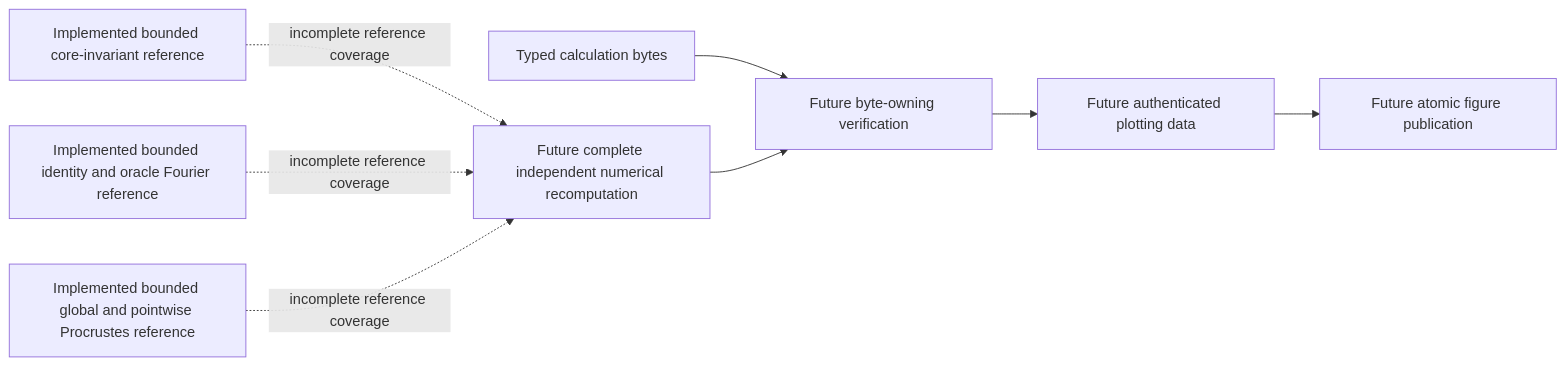
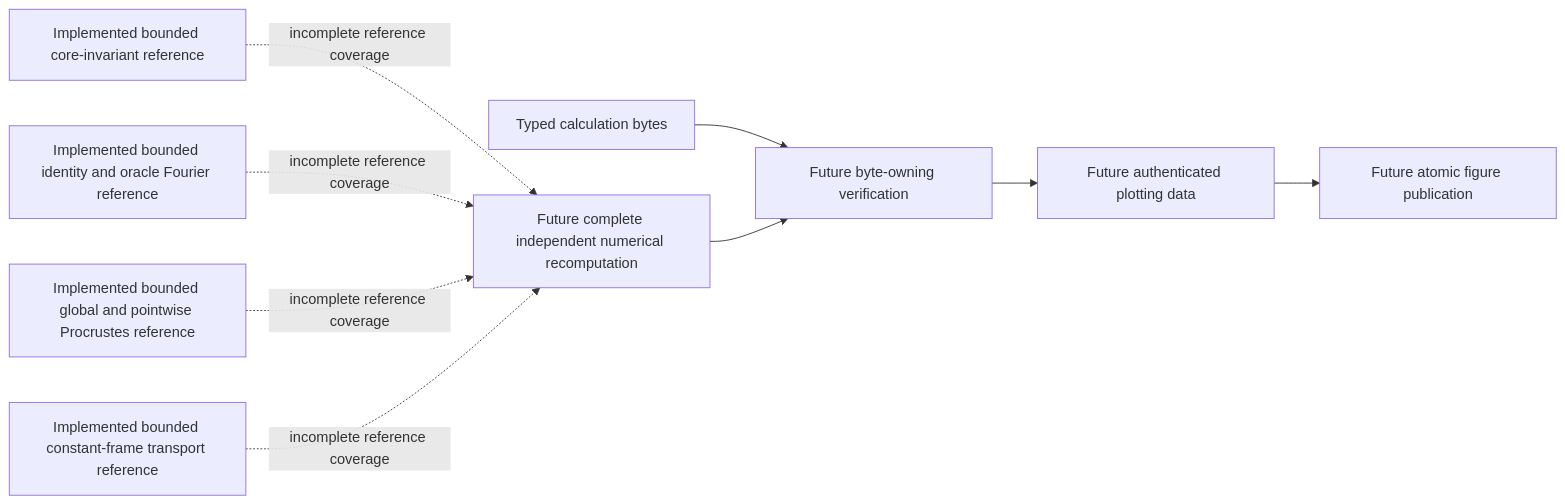
Before and after one commit to eragasa/ksdft2effmass: the third of 4 diagrams in docs/architecture/v3/ksdft2effmass/periodic1d/higher_rank_alignment/schematics.md, drawn with Mermaid. The commit also changed other lines of this file and 13 other files, not shown here.

Commit message:
Add higher-rank transport reference controls

````diff
--- a/docs/architecture/v3/ksdft2effmass/periodic1d/higher_rank_alignment/schematics.md
+++ b/docs/architecture/v3/ksdft2effmass/periodic1d/higher_rank_alignment/schematics.md
@@ -78,18 +78,20 @@
 ```mermaid
 flowchart LR
     C[Typed calculation bytes]
     B[Implemented bounded core-invariant reference]
     F[Implemented bounded identity and oracle Fourier reference]
     P[Implemented bounded global and pointwise Procrustes reference]
+    T[Implemented bounded constant-frame transport reference]
     I[Future complete independent numerical recomputation]
     V[Future byte-owning verification]
     D[Future authenticated plotting data]
     G[Future atomic figure publication]
 
     C --> V
     B -. incomplete reference coverage .-> I
     F -. incomplete reference coverage .-> I
     P -. incomplete reference coverage .-> I
+    T -. incomplete reference coverage .-> I
     I --> V
     V --> D --> G
 ```
````
